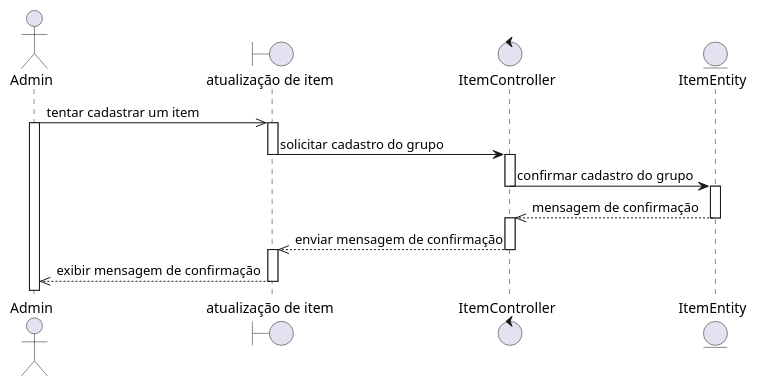
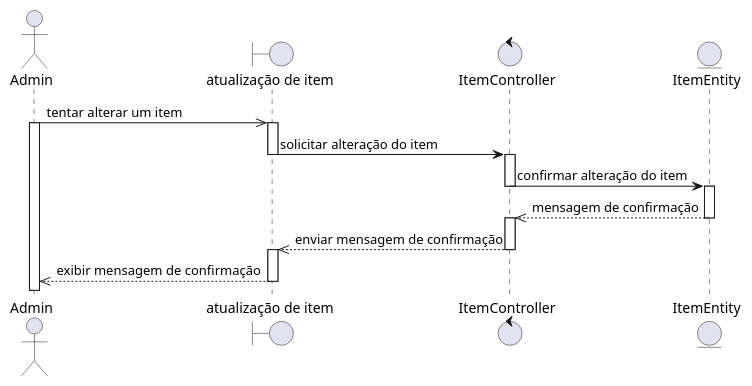
The diagram in sequence/admin/item.update.seq.wsd (rodrigoRolim/CAdiagrams), drawn with PlantUML before and after one commit. The commit also changed 23 other files, not shown here.

```diff
--- a/sequence/admin/item.update.seq.wsd
+++ b/sequence/admin/item.update.seq.wsd
@@ -1,25 +1,25 @@
 @startuml
 actor Admin
 
 boundary "atualização de item" as grupo
 control ItemController
 entity ItemEntity
 
-Admin ->> grupo: tentar cadastrar um item
+Admin ->> grupo: tentar alterar um item
 activate Admin
 activate grupo
-grupo -> ItemController: solicitar cadastro do grupo
+grupo -> ItemController: solicitar alteração do item
 deactivate grupo
 activate ItemController
-ItemController -> ItemEntity: confirmar cadastro do grupo
+ItemController -> ItemEntity: confirmar alteração do item
 deactivate ItemController
 activate ItemEntity
 ItemEntity -->> ItemController: mensagem de confirmação
 deactivate ItemEntity
 activate ItemController
 ItemController -->> grupo: enviar mensagem de confirmação
 deactivate ItemController
 activate grupo
 grupo -->> Admin: exibir mensagem de confirmação
 deactivate grupo
 @enduml
```
